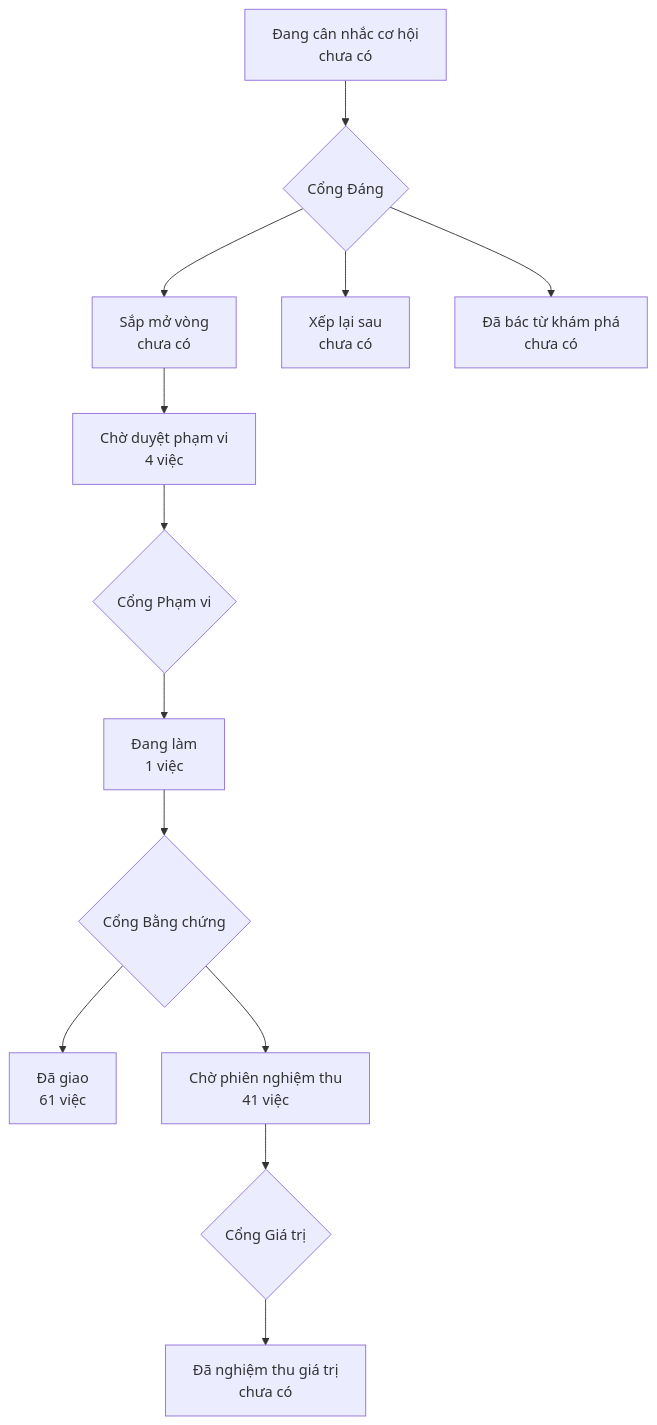
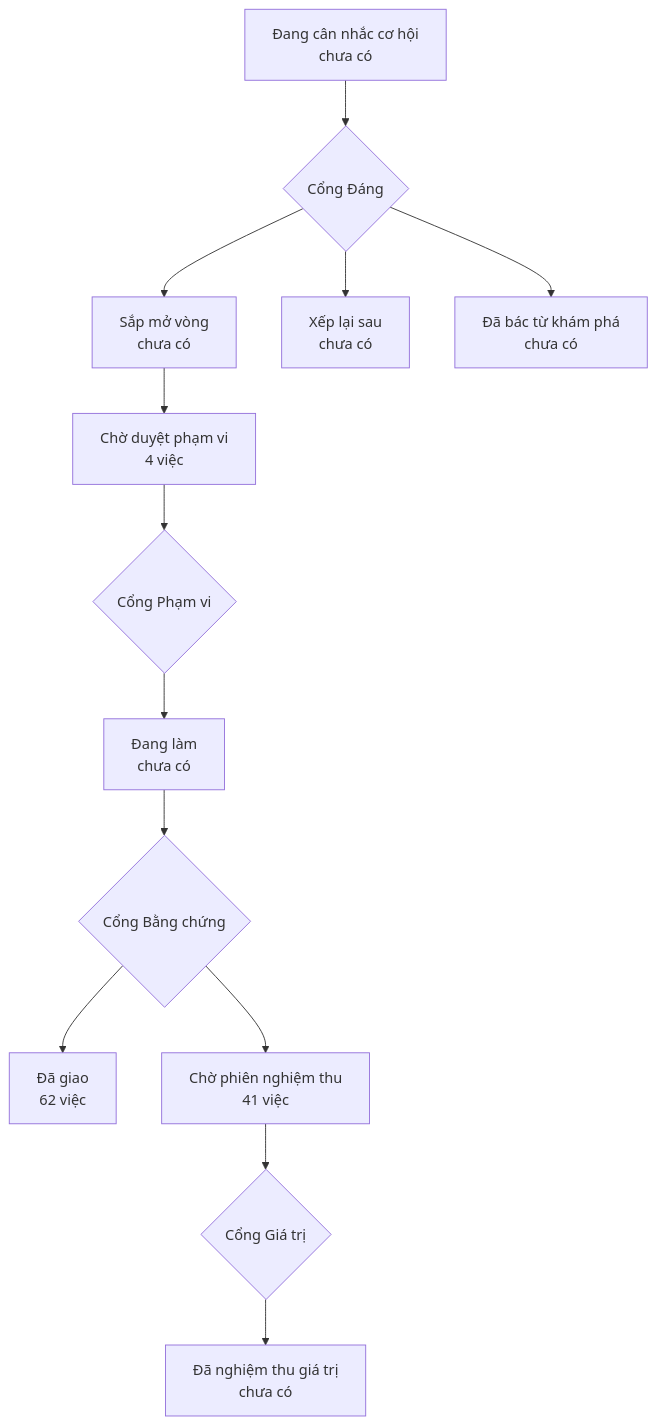
The diagram in PRODUCT-MAP.md (phanlemanh/onehub-invest), drawn with Mermaid before and after one commit. The commit also changed other lines of this file and 6 other files, not shown here.

````diff
--- a/PRODUCT-MAP.md
+++ b/PRODUCT-MAP.md
@@ -7,12 +7,12 @@
 ```mermaid
 flowchart TD
   A["Đang cân nhắc cơ hội<br/>chưa có"] --> GD{"Cổng Đáng"}
   GD --> B["Sắp mở vòng<br/>chưa có"]
   GD --> XL["Xếp lại sau<br/>chưa có"]
   GD --> DB["Đã bác từ khám phá<br/>chưa có"]
   B --> CD["Chờ duyệt phạm vi<br/>4 việc"] --> GP{"Cổng Phạm vi"}
-  GP --> DL["Đang làm<br/>1 việc"] --> GB{"Cổng Bằng chứng"}
-  GB --> DG["Đã giao<br/>61 việc"]
+  GP --> DL["Đang làm<br/>chưa có"] --> GB{"Cổng Bằng chứng"}
+  GB --> DG["Đã giao<br/>62 việc"]
   GB --> CN["Chờ phiên nghiệm thu<br/>41 việc"] --> GG{"Cổng Giá trị"}
   GG --> NT["Đã nghiệm thu giá trị<br/>chưa có"]
 ```
````
